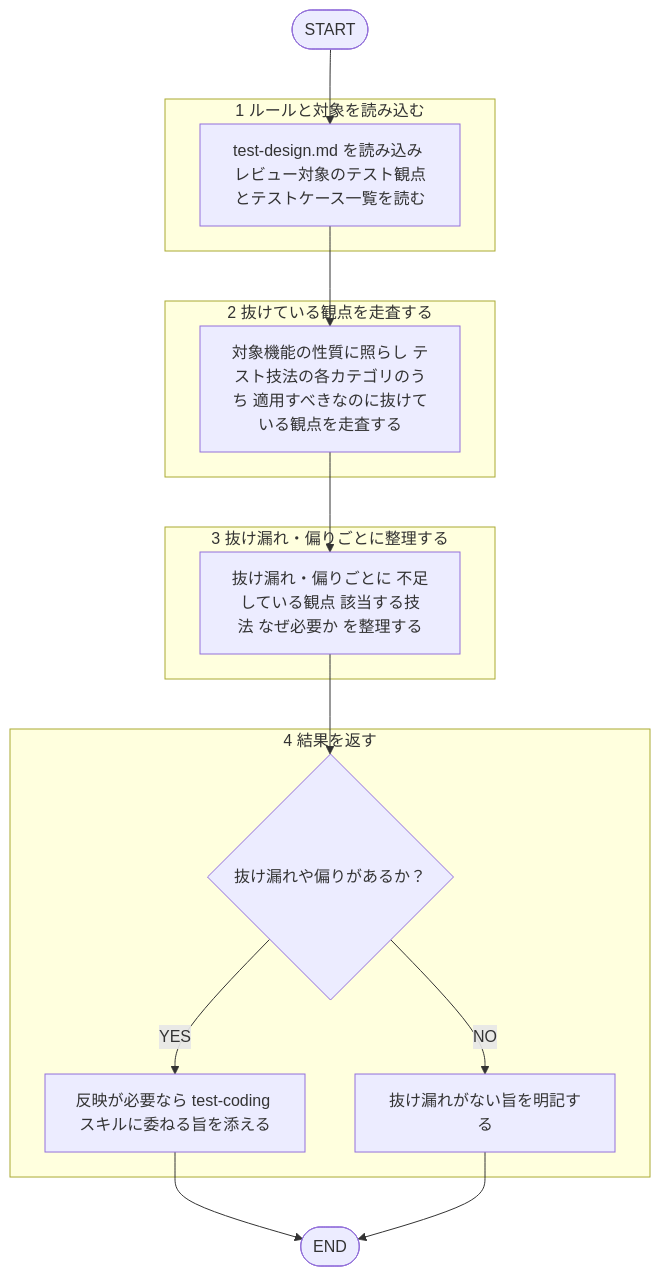
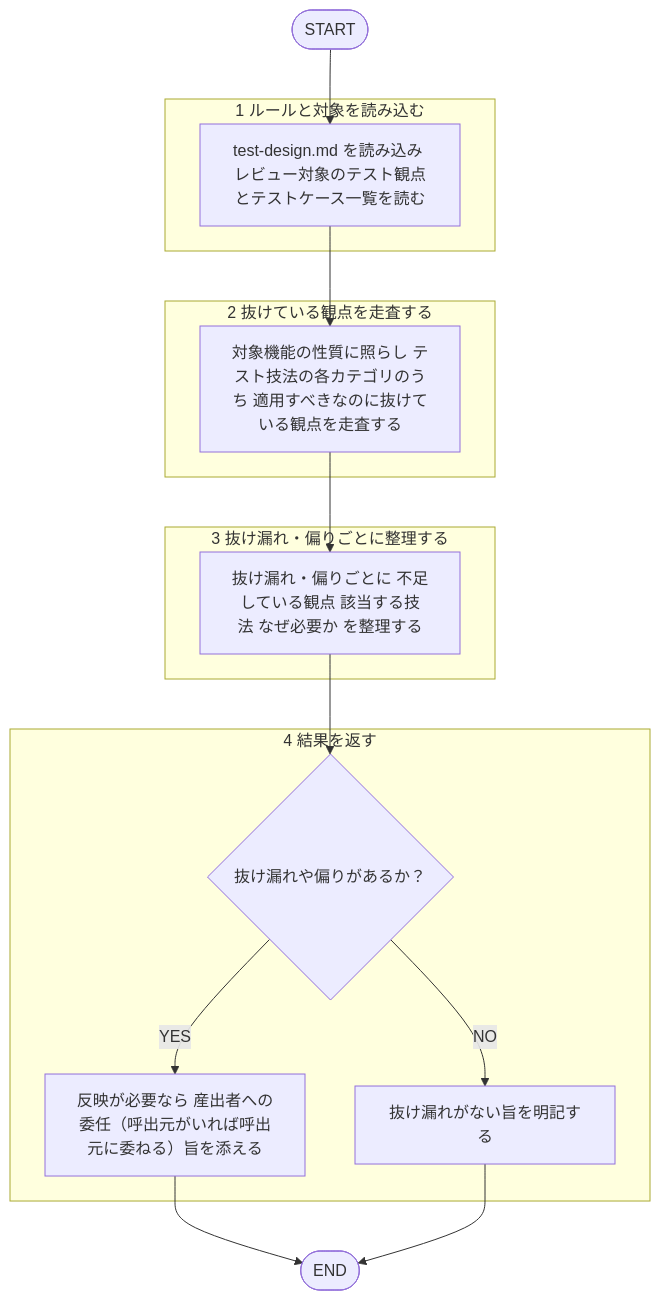
The diagram in plugins/matagi/agents/test-design-reviewer.md (kokuto821/matagi), drawn with Mermaid before and after one commit. The commit also changed other lines of this file and 4 other files, not shown here.

````diff
--- a/plugins/matagi/agents/test-design-reviewer.md
+++ b/plugins/matagi/agents/test-design-reviewer.md
@@ -17,32 +17,32 @@
 ```mermaid
 flowchart TD
     START(["START"])
     END(["END"])
 
     subgraph L1["1 ルールと対象を読み込む"]
         S1a["test-design.md を読み込み レビュー対象のテスト観点とテストケース一覧を読む"]
     end
 
     subgraph L2["2 抜けている観点を走査する"]
         S2a["対象機能の性質に照らし テスト技法の各カテゴリのうち 適用すべきなのに抜けている観点を走査する"]
     end
 
     subgraph L3["3 抜け漏れ・偏りごとに整理する"]
         S3a["抜け漏れ・偏りごとに 不足している観点 該当する技法 なぜ必要か を整理する"]
     end
 
     subgraph L4["4 結果を返す"]
         S4a{"抜け漏れや偏りがあるか？"}
-        S4b["反映が必要なら test-coding スキルに委ねる旨を添える"]
+        S4b["反映が必要なら 産出者への委任（呼出元がいれば呼出元に委ねる）旨を添える"]
         S4c["抜け漏れがない旨を明記する"]
         S4a -->|YES| S4b
         S4a -->|NO| S4c
     end
 
     START --> S1a
     S1a --> S2a
     S2a --> S3a
     S3a --> S4a
     S4b --> END
     S4c --> END
 ```
````
